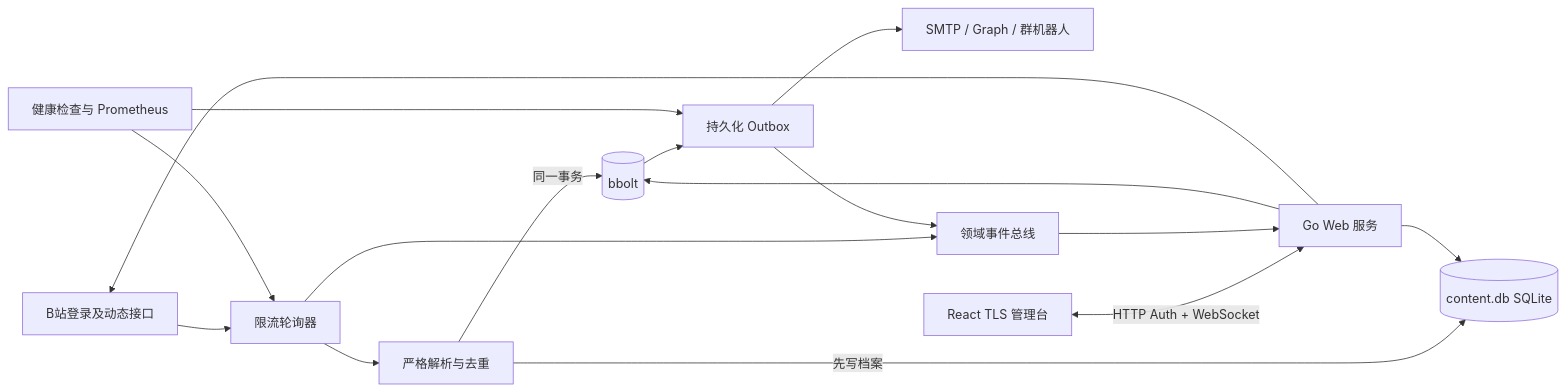
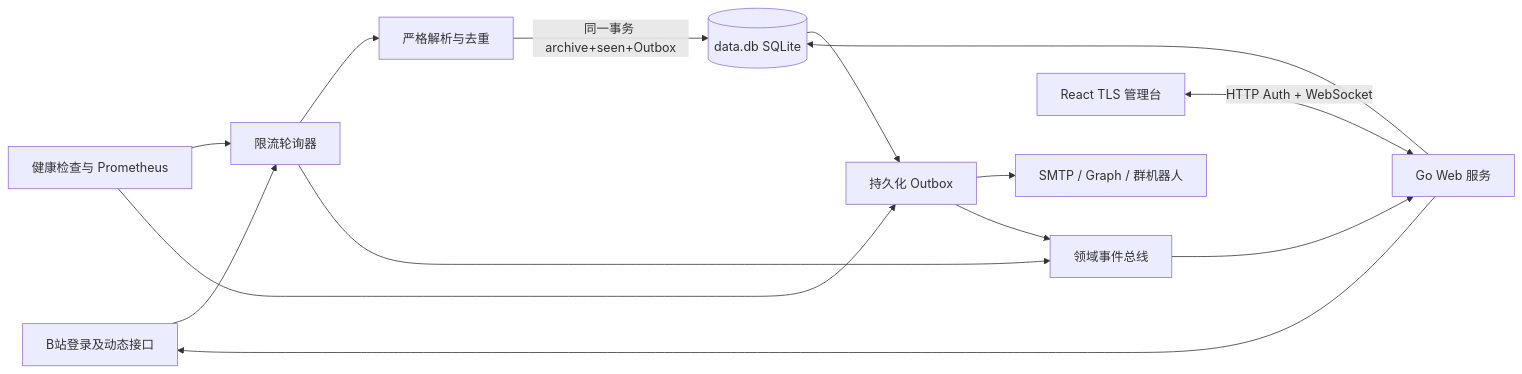
One commit to linxin2429/bili_notify changed the diagram in docs/requirements-and-design.md. Above: the diagram before and after it, drawn with Mermaid. The commit also changed other lines of this file and 24 other files, not shown here.

First line of the commit message:
feat: replace bbolt dual-store with single SQLite data.db

````diff
--- a/docs/requirements-and-design.md
+++ b/docs/requirements-and-design.md
@@ -20,18 +20,16 @@
 ```mermaid
 flowchart LR
     B[B站登录及动态接口] --> C[限流轮询器]
     C --> P[严格解析与去重]
-    P -->|同一事务| S[(bbolt)]
-    P -->|先写档案| ADB[(content.db SQLite)]
+    P -->|同一事务 archive+seen+Outbox| S[(data.db SQLite)]
     S --> O[持久化 Outbox]
     O --> N[SMTP / Graph / 群机器人]
     A[React TLS 管理台] <-->|HTTP Auth + WebSocket| W[Go Web 服务]
     W --> S
-    W --> ADB
     W --> B
     E[领域事件总线] --> W
     C --> E
     O --> E
     H[健康检查与 Prometheus] --> C
     H --> O
 ```
````
